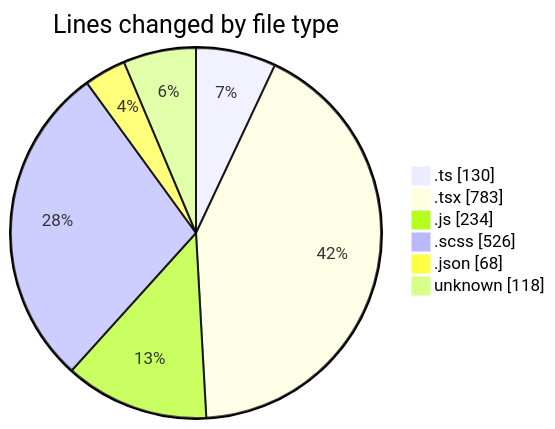
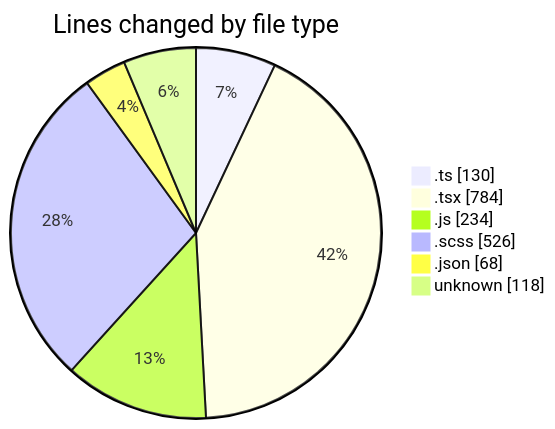
One commit to momahboobian/code-tracking changed the first of 2 diagrams in 2026-05-08/cda/README.md. Above: the diagram before and after it, drawn with Mermaid. The commit also changed other lines of this file and 1 other file, not shown here.

````diff
--- a/2026-05-08/cda/README.md
+++ b/2026-05-08/cda/README.md
@@ -38,10 +38,10 @@
 ```mermaid
 pie showData
 title Lines changed by file type
 ".ts" : 130
-".tsx" : 783
+".tsx" : 784
 ".js" : 234
 ".scss" : 526
 ".json" : 68
 "unknown" : 118
 ```
````
